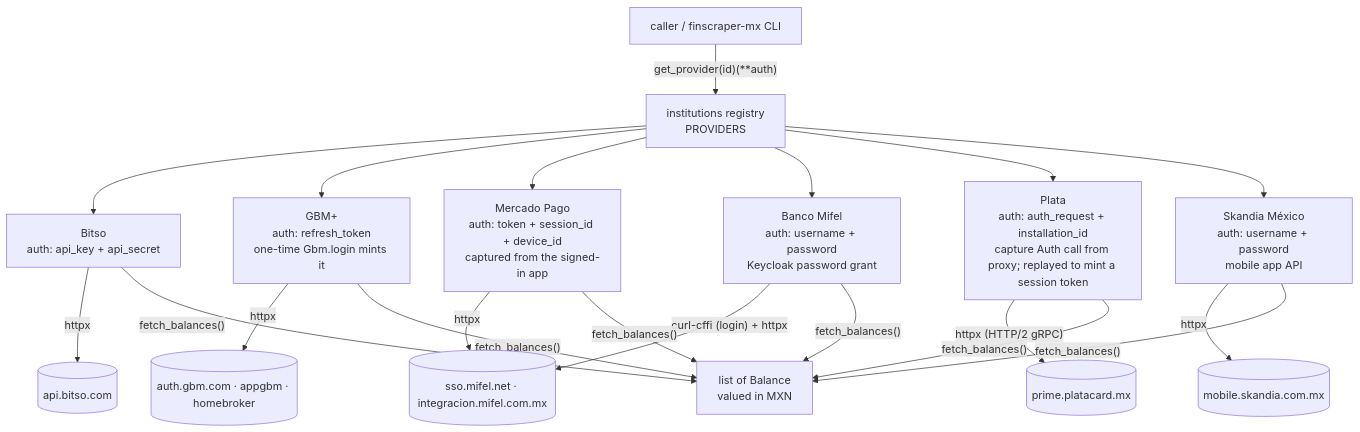
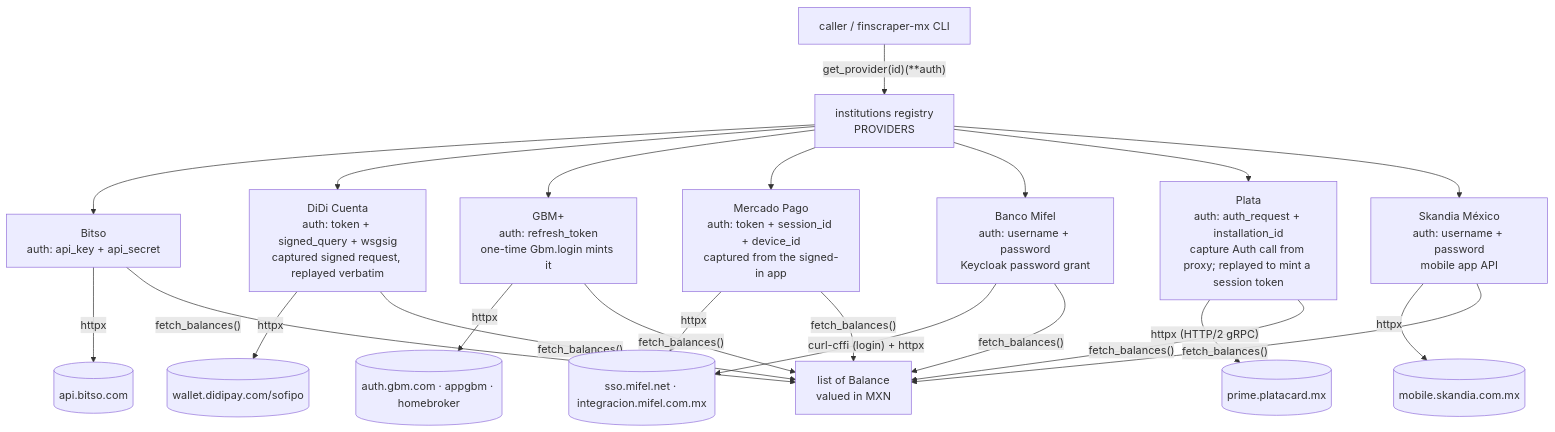
The diagram in CLAUDE.md (PaoloReyes/finscraper-mx), drawn with Mermaid before and after one commit. The commit also changed other lines of this file and 5 other files, not shown here.

````diff
--- a/CLAUDE.md
+++ b/CLAUDE.md
@@ -26,22 +26,25 @@
 ```mermaid
 flowchart TD
   caller["caller / finscraper-mx CLI"] -->|"get_provider(id)(**auth)"| reg["institutions registry<br/>PROVIDERS"]
   reg --> bitso["Bitso<br/>auth: api_key + api_secret"]
+  reg --> didi["DiDi Cuenta<br/>auth: token + signed_query + wsgsig<br/>captured signed request, replayed verbatim"]
   reg --> gbm["GBM+<br/>auth: refresh_token<br/>one-time Gbm.login mints it"]
   reg --> mp["Mercado Pago<br/>auth: token + session_id + device_id<br/>captured from the signed-in app"]
   reg --> mifel["Banco Mifel<br/>auth: username + password<br/>Keycloak password grant"]
   reg --> plata["Plata<br/>auth: auth_request + installation_id<br/>capture Auth call from proxy; replayed to mint a session token"]
   reg --> skandia["Skandia México<br/>auth: username + password<br/>mobile app API"]
   bitso -->|"httpx"| bapi[("api.bitso.com")]
+  didi -->|"httpx"| dapi[("wallet.didipay.com/sofipo")]
   gbm -->|"httpx"| gapi[("auth.gbm.com · appgbm · homebroker")]
   mp -->|"httpx"| mapi[("mobile.mercadopago.com/mp-home-hub/home")]
   mifel -->|"curl-cffi (login) + httpx"| mapi[("sso.mifel.net · integracion.mifel.com.mx")]
   plata -->|"httpx (HTTP/2 gRPC)"| papi[("prime.platacard.mx")]
   skandia -->|"httpx"| sapi[("mobile.skandia.com.mx")]
   bitso -->|"fetch_balances()"| bal["list of Balance<br/>valued in MXN"]
+  didi -->|"fetch_balances()"| bal
   gbm -->|"fetch_balances()"| bal
   mp -->|"fetch_balances()"| bal
   mifel -->|"fetch_balances()"| bal
   plata -->|"fetch_balances()"| bal
   skandia -->|"fetch_balances()"| bal
 ```
````
